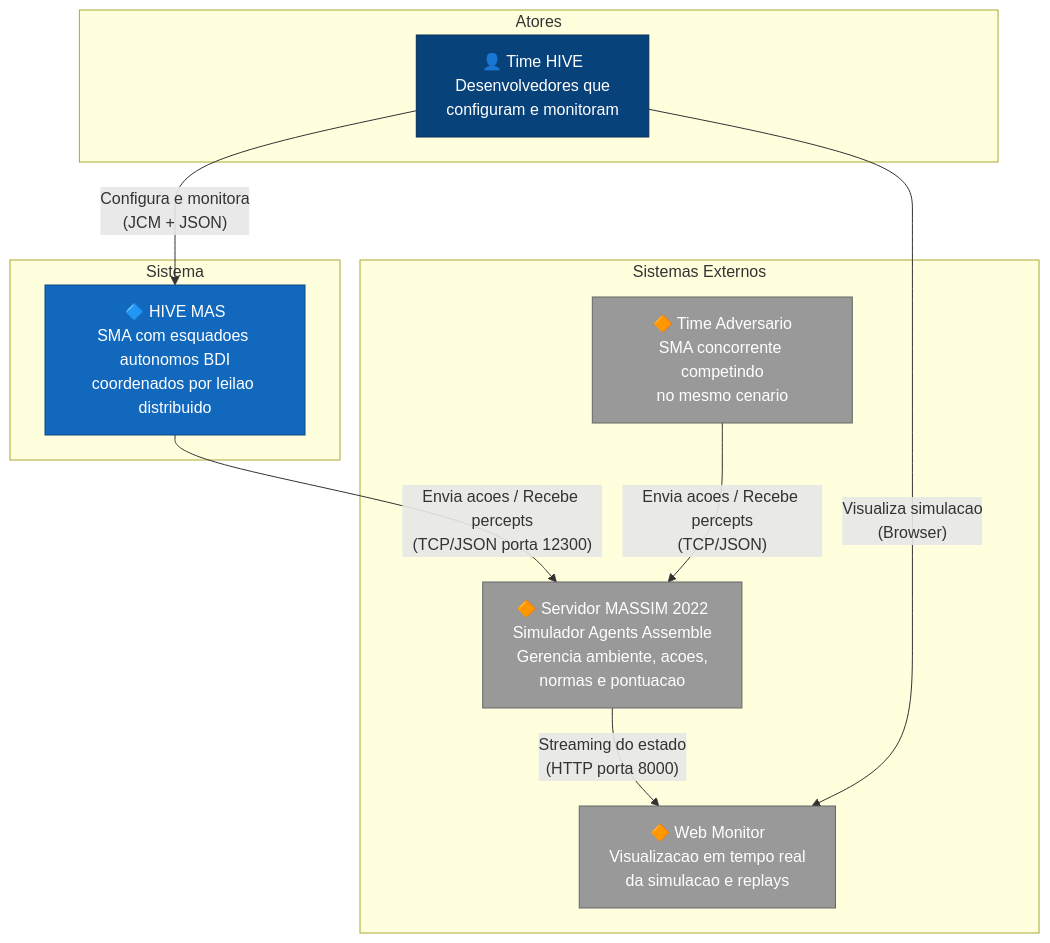
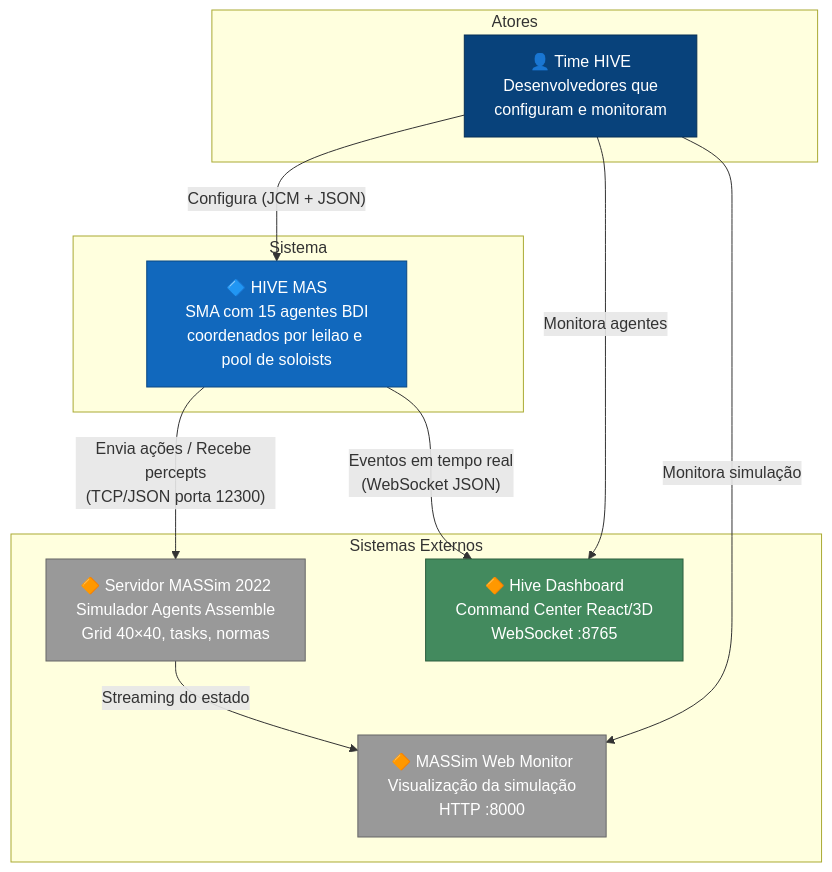
Before and after one commit to MarceloNG/PCS5703-MAS-HIVE: the first of 19 diagrams in doc/ARCH.md, drawn with Mermaid. The commit also changed other lines of this file and 33 other files, not shown here.

````diff
--- a/doc/ARCH.md
+++ b/doc/ARCH.md
@@ -14,28 +13,29 @@
 ```mermaid
 graph TB
     subgraph Atores
         TEAM["👤 Time HIVE<br/>Desenvolvedores que<br/>configuram e monitoram"]
     end
 
     subgraph Sistema
-        HIVE["🔷 HIVE MAS<br/>SMA com esquadoes autonomos BDI<br/>coordenados por leilao distribuido"]
+        HIVE["🔷 HIVE MAS<br/>SMA com 15 agentes BDI<br/>coordenados por leilao e pool de soloists"]
     end
 
-    subgraph Sistemas Externos
-        MASSIM["🔶 Servidor MASSIM 2022<br/>Simulador Agents Assemble<br/>Gerencia ambiente, acoes,<br/>normas e pontuacao"]
-        MONITOR["🔶 Web Monitor<br/>Visualizacao em tempo real<br/>da simulacao e replays"]
-        OPPONENT["🔶 Time Adversario<br/>SMA concorrente competindo<br/>no mesmo cenario"]
+    subgraph Sistemas_Externos["Sistemas Externos"]
+        MASSIM["🔶 Servidor MASSim 2022<br/>Simulador Agents Assemble<br/>Grid 40×40, tasks, normas"]
+        MONITOR["🔶 MASSim Web Monitor<br/>Visualização da simulação<br/>HTTP :8000"]
+        DASHBOARD["🔶 Hive Dashboard<br/>Command Center React/3D<br/>WebSocket :8765"]
     end
 
-    TEAM -->|"Configura e monitora<br/>(JCM + JSON)"| HIVE
-    HIVE -->|"Envia acoes / Recebe percepts<br/>(TCP/JSON porta 12300)"| MASSIM
-    MASSIM -->|"Streaming do estado<br/>(HTTP porta 8000)"| MONITOR
-    TEAM -->|"Visualiza simulacao<br/>(Browser)"| MONITOR
-    OPPONENT -->|"Envia acoes / Recebe percepts<br/>(TCP/JSON)"| MASSIM
+    TEAM -->|"Configura (JCM + JSON)"| HIVE
+    HIVE -->|"Envia ações / Recebe percepts<br/>(TCP/JSON porta 12300)"| MASSIM
+    MASSIM -->|"Streaming do estado"| MONITOR
+    HIVE -->|"Eventos em tempo real<br/>(WebSocket JSON)"| DASHBOARD
+    TEAM -->|"Monitora simulação"| MONITOR
+    TEAM -->|"Monitora agentes"| DASHBOARD
 
     style HIVE fill:#1168bd,color:#fff,stroke:#0b4884
     style MASSIM fill:#999,color:#fff,stroke:#666
     style MONITOR fill:#999,color:#fff,stroke:#666
-    style OPPONENT fill:#999,color:#fff,stroke:#666
+    style DASHBOARD fill:#438a5e,color:#fff,stroke:#2d5e3f
     style TEAM fill:#08427b,color:#fff,stroke:#052e56
 ```
````
